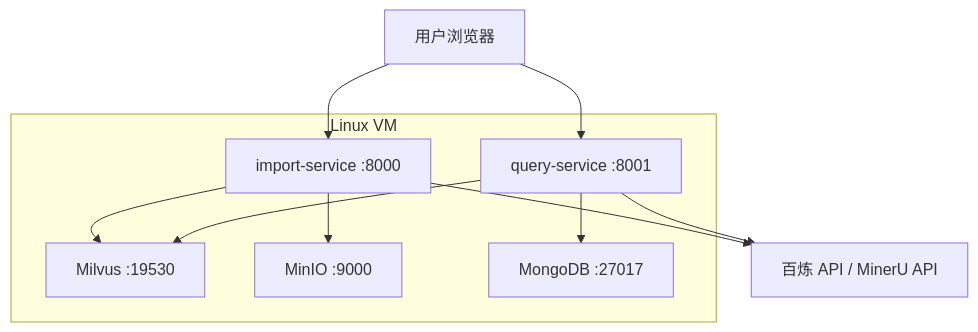
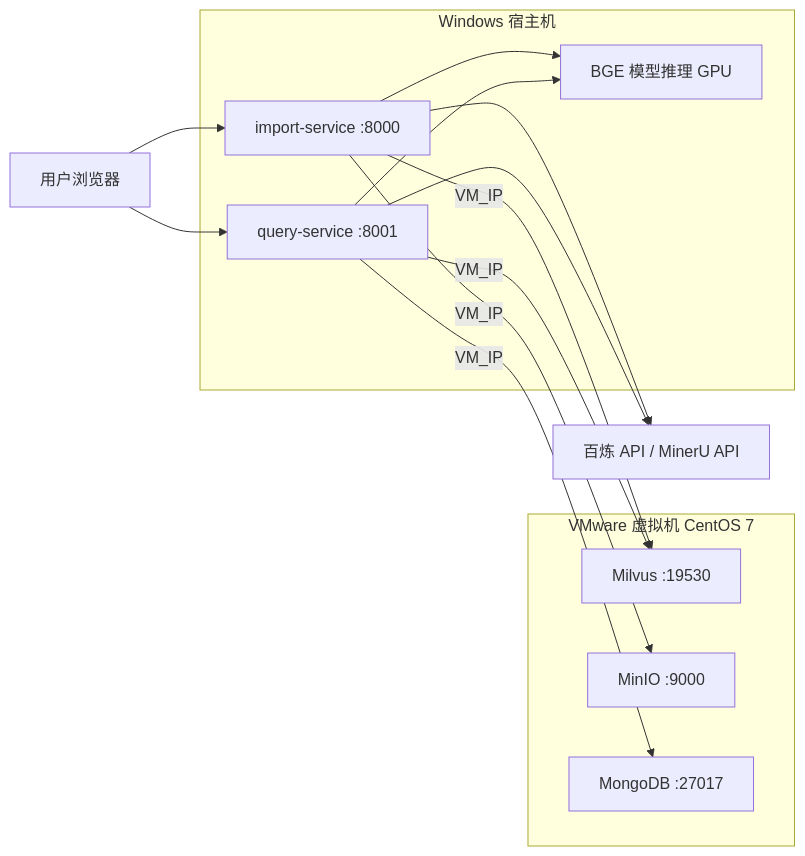
The diagram in README.md (sssuer77/knowledge_base), drawn with Mermaid before and after one commit. The commit also changed other lines of this file, not shown here.

````diff
--- a/README.md
+++ b/README.md
@@ -153,19 +162,25 @@
 ```mermaid
-flowchart TB
-    subgraph VM["Linux VM"]
+flowchart LR
+    subgraph Host["Windows 宿主机"]
         Import["import-service :8000"]
         Query["query-service :8001"]
+        BGE["BGE 模型推理 GPU"]
+    end
+
+    subgraph VM["VMware 虚拟机 CentOS 7"]
         Milvus["Milvus :19530"]
         MinIO["MinIO :9000"]
         Mongo["MongoDB :27017"]
     end
 
     User["用户浏览器"] --> Import
     User --> Query
-    Import --> Milvus
-    Import --> MinIO
-    Query --> Milvus
-    Query --> Mongo
+    Import --> BGE
+    Query --> BGE
+    Import -->|"VM_IP"| Milvus
+    Import -->|"VM_IP"| MinIO
+    Query -->|"VM_IP"| Milvus
+    Query -->|"VM_IP"| Mongo
     Import --> LLM["百炼 API / MinerU API"]
     Query --> LLM
 ```
````
